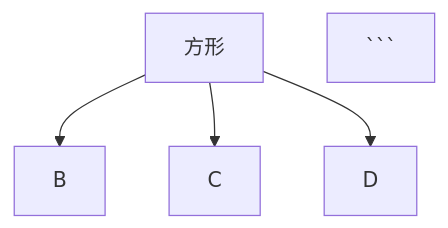
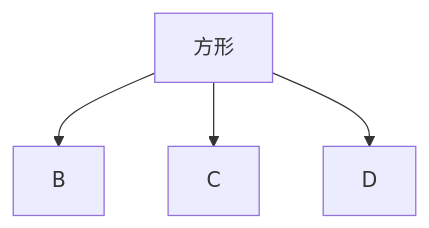
The second of 2 diagrams in SoftwareEngineering/README.md (Favian096/LearningNotes), drawn with Mermaid before and after one commit. The commit also changed other lines of this file, not shown here.

`````diff
--- a/SoftwareEngineering/README.md
+++ b/SoftwareEngineering/README.md
@@ -1548,8 +1532,7 @@
     ````mermaid
     graph TB
     A[方形]
     -->B[B]
     A-->C[C]
     A-->D[D]
-    ```
     ````
`````
